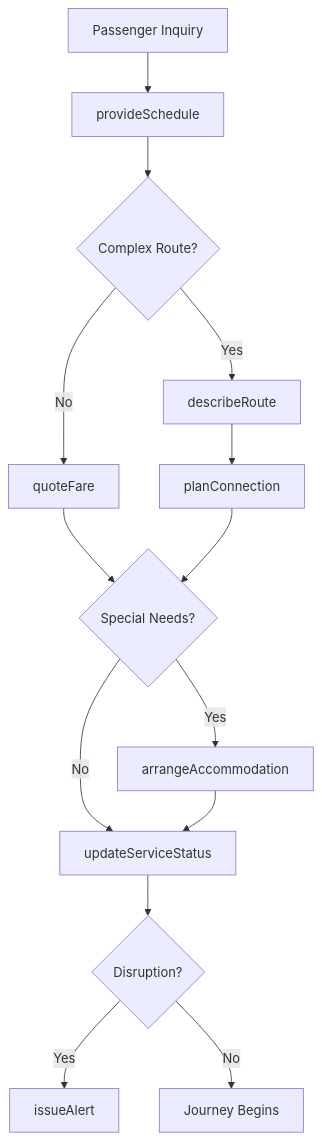
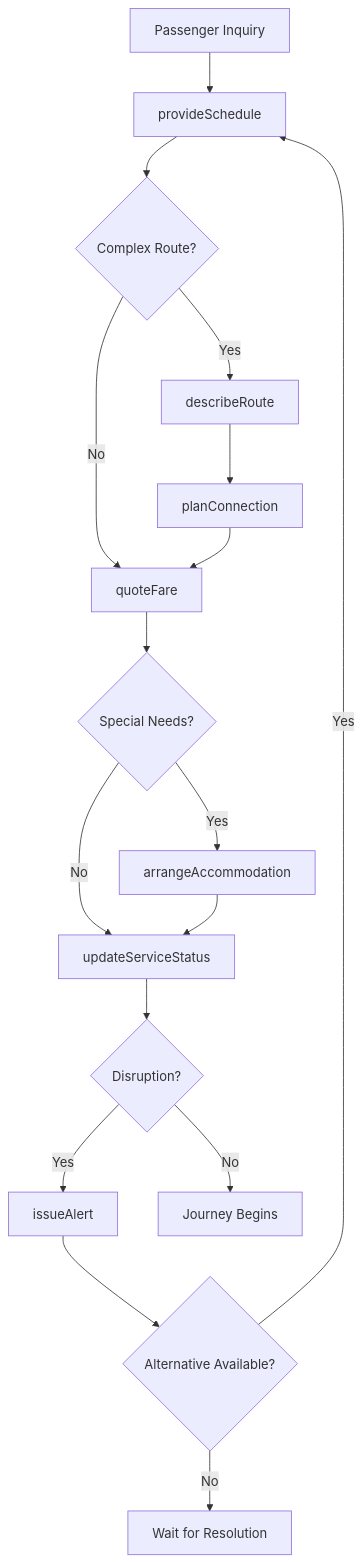
The third of 4 diagrams in CommunicatingWithPeopleOutsideTheOrganization/ProvideInformationToGuestsClientsOrCustomers/ProvideTransportationInformationPassengersCustomer.mdx (dot-org-ai/tasks.org.ai), drawn with Mermaid before and after one commit. The commit also changed other lines of this file and 504 other files, not shown here.

First line of the commit message:
feat: Add ER diagrams, state diagrams, and workflow improvements to 96 DWA task files

````diff
--- a/CommunicatingWithPeopleOutsideTheOrganization/ProvideInformationToGuestsClientsOrCustomers/ProvideTransportationInformationPassengersCustomer.mdx
+++ b/CommunicatingWithPeopleOutsideTheOrganization/ProvideInformationToGuestsClientsOrCustomers/ProvideTransportationInformationPassengersCustomer.mdx
@@ -87,16 +116,19 @@
 ```mermaid
 graph TD
     A[Passenger Inquiry] --> B[provideSchedule]
     B --> C{Complex Route?}
     C -->|Yes| D[describeRoute]
     C -->|No| E[quoteFare]
     D --> F[planConnection]
+    F --> E
     E --> G{Special Needs?}
-    F --> G
     G -->|Yes| H[arrangeAccommodation]
     G -->|No| I[updateServiceStatus]
     H --> I
     I --> J{Disruption?}
     J -->|Yes| K[issueAlert]
     J -->|No| L[Journey Begins]
+    K --> M{Alternative Available?}
+    M -->|Yes| B
+    M -->|No| N[Wait for Resolution]
 ```
````
